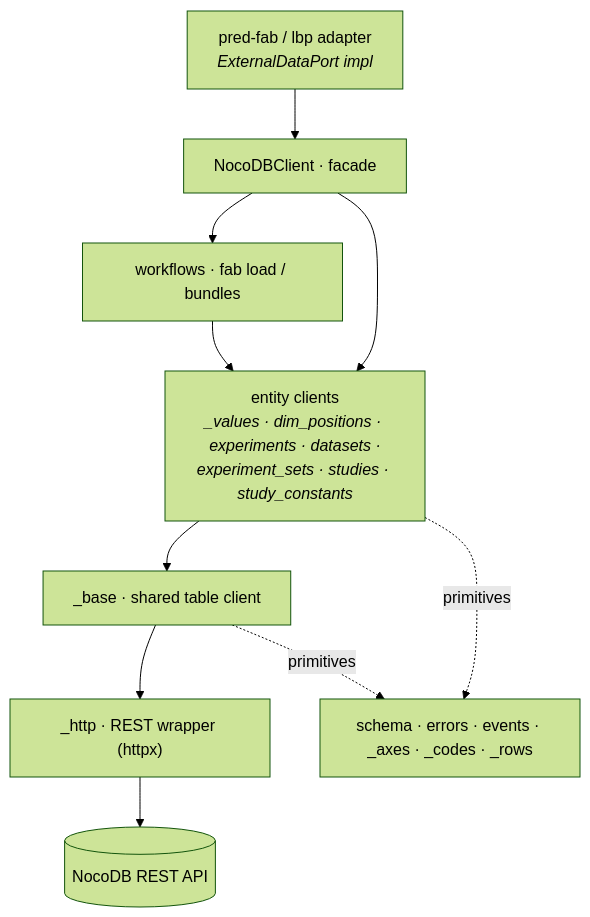
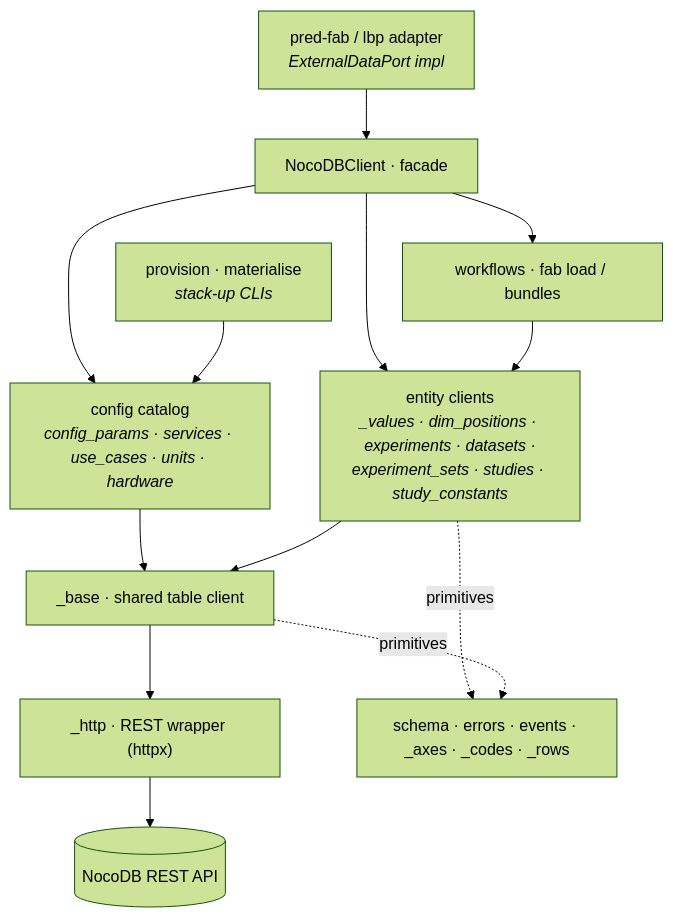
One commit to luca-bettermann/pred-fab-nocodb changed the diagram in PROJECT_CONTEXT.md. Above: the diagram before and after it, drawn with Mermaid (forest theme). The commit also changed other lines of this file and 1 other file, not shown here.

Commit message:
Bump 0.3.0; PROJECT_CONTEXT: config-catalog clients (services/use_cases/units/hardware) + read API

````diff
--- a/PROJECT_CONTEXT.md
+++ b/PROJECT_CONTEXT.md
@@ -16,13 +16,16 @@
 ```mermaid
 flowchart TD
     consumer["pred-fab / lbp adapter<br/><i>ExternalDataPort impl</i>"] --> client
     client["NocoDBClient · facade"]
     client --> workflows["workflows · fab load / bundles"]
     client --> domain["entity clients<br/><i>_values · dim_positions · experiments · datasets ·<br/>experiment_sets · studies · study_constants</i>"]
+    client --> config["config catalog<br/><i>config_params · services · use_cases · units · hardware</i>"]
     workflows --> domain
+    config --> base
+    cli["provision · materialise<br/><i>stack-up CLIs</i>"] --> config
     domain --> base["_base · shared table client"]
     base --> http["_http · REST wrapper (httpx)"]
     http --> nocodb[("NocoDB REST API")]
     domain -.->|primitives| prim["schema · errors · events · _axes · _codes · _rows"]
     base -.->|primitives| prim
 ```
````
